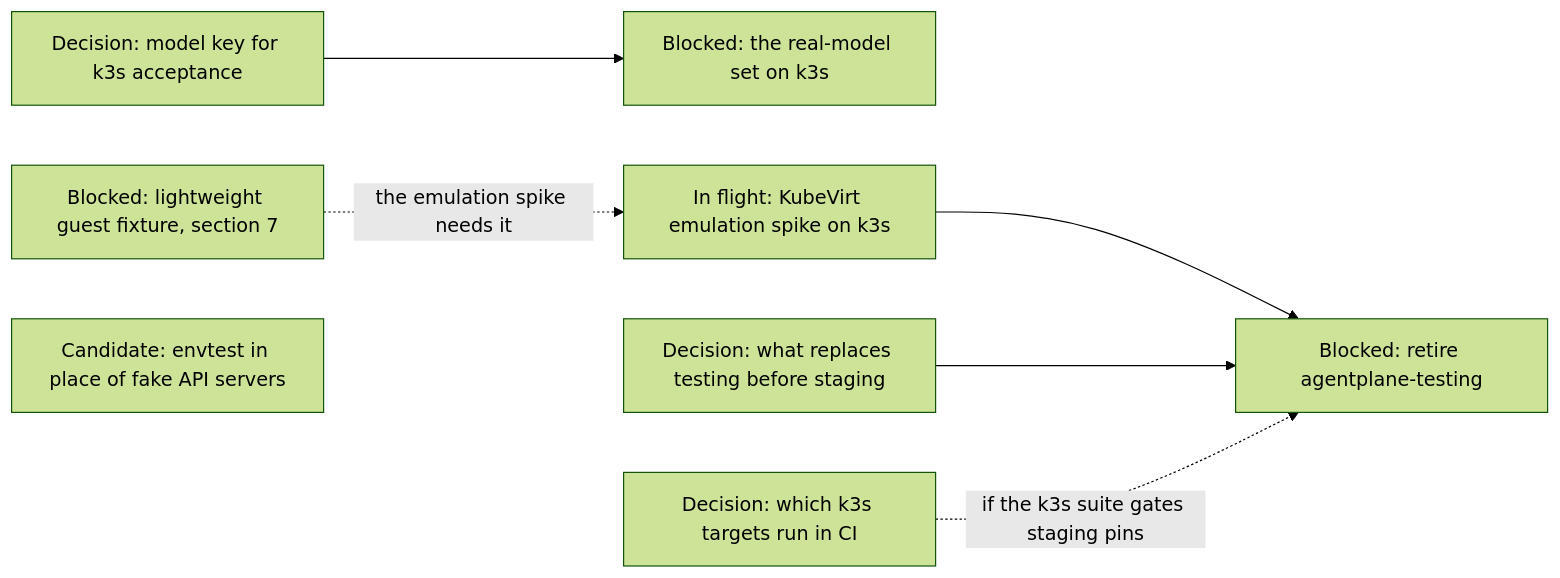
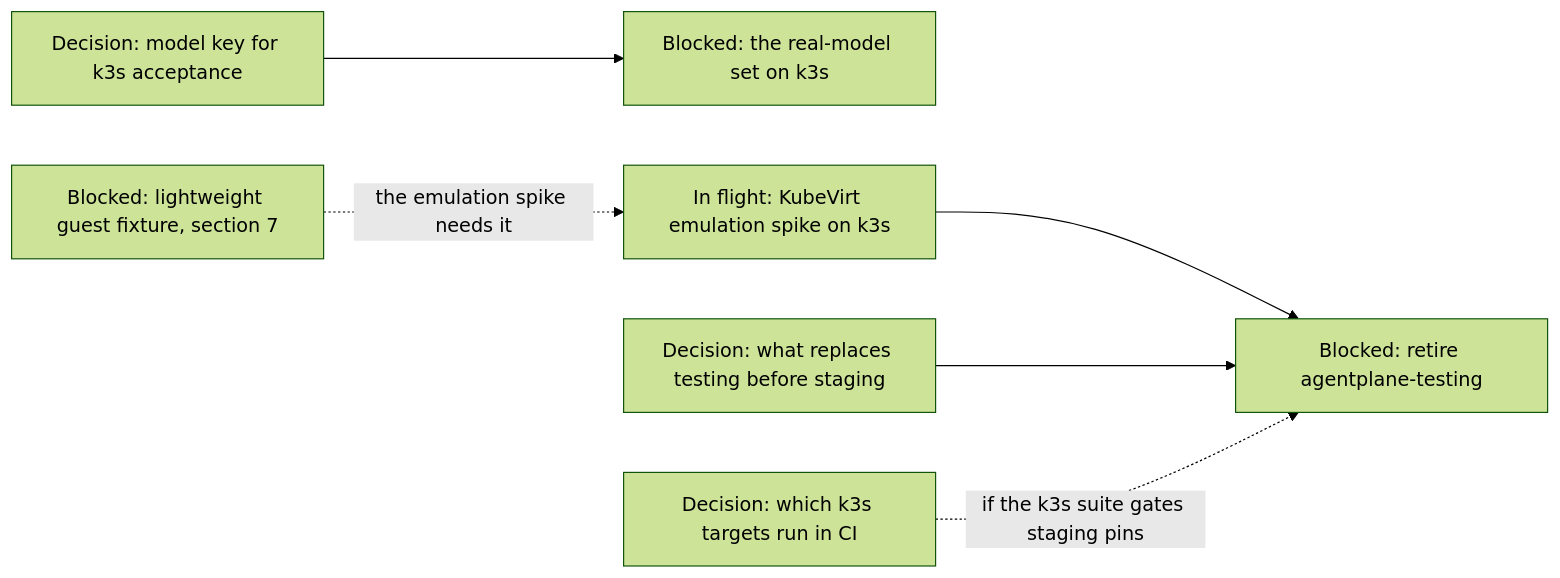
Before and after one commit to agentydragon-agent/ducktape: diagram 18 of 19 in agentplane/plans/task_dag.md, drawn with Mermaid (forest theme). The commit also changed other lines of this file and 34 other files, not shown here.

````diff
--- a/agentplane/plans/task_dag.md
+++ b/agentplane/plans/task_dag.md
@@ -1998,16 +1998,15 @@
 ```mermaid
 flowchart LR
     K3S_MODEL_CREDENTIALS[Decision: model key for k3s acceptance]
     K3S_MODEL_SCENARIOS[Blocked: the real-model set on k3s]
     K3S_VM_ACCEPTANCE[In flight: KubeVirt emulation spike on k3s]
     K3S_VM_IMAGE[Blocked: lightweight guest fixture, section 7]
     TESTING_ROLLOUT_ROLE[Decision: what replaces testing before staging]
     TESTING_ENVIRONMENT_RETIRE[Blocked: retire agentplane-testing]
     K3S_CI_TIER[Decision: which k3s targets run in CI]
-    FAKE_APISERVERS_TO_ENVTEST[Candidate: envtest in place of fake API servers]
     K3S_MODEL_CREDENTIALS --> K3S_MODEL_SCENARIOS
     K3S_VM_IMAGE -. the emulation spike needs it .-> K3S_VM_ACCEPTANCE
     K3S_VM_ACCEPTANCE --> TESTING_ENVIRONMENT_RETIRE
     TESTING_ROLLOUT_ROLE --> TESTING_ENVIRONMENT_RETIRE
     K3S_CI_TIER -. if the k3s suite gates staging pins .-> TESTING_ENVIRONMENT_RETIRE
 ```
````
